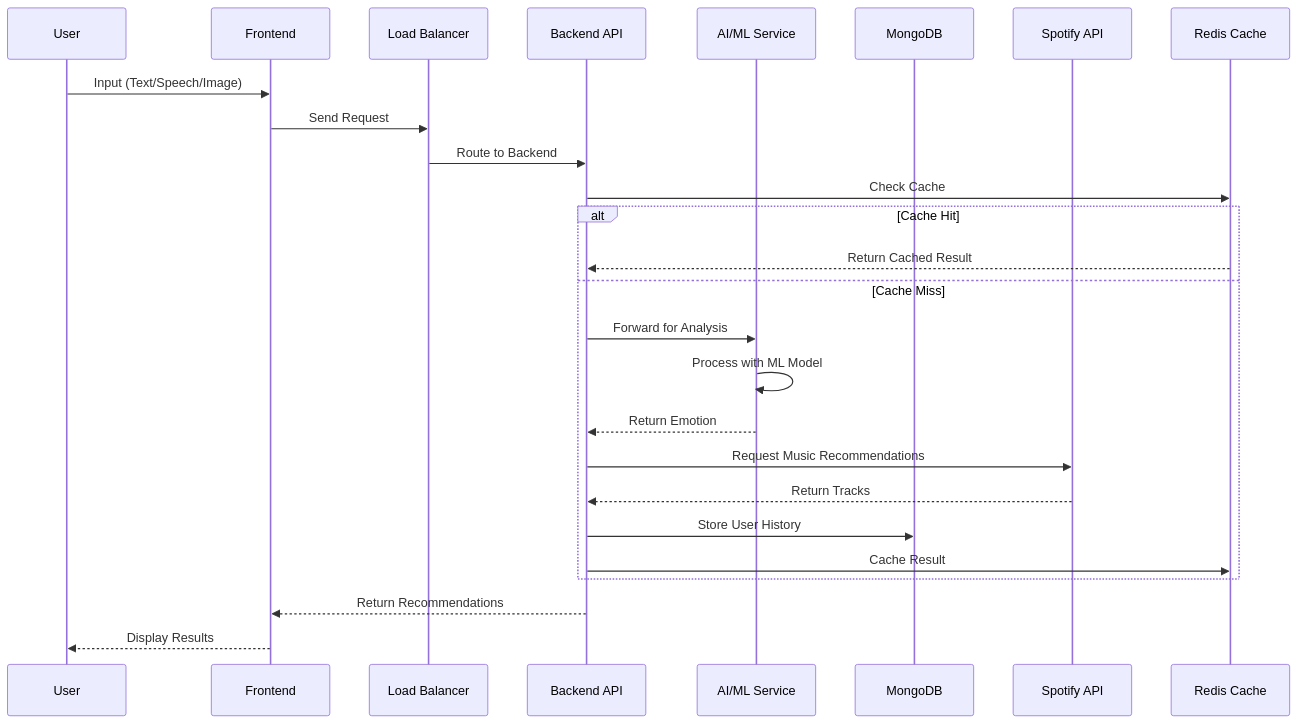
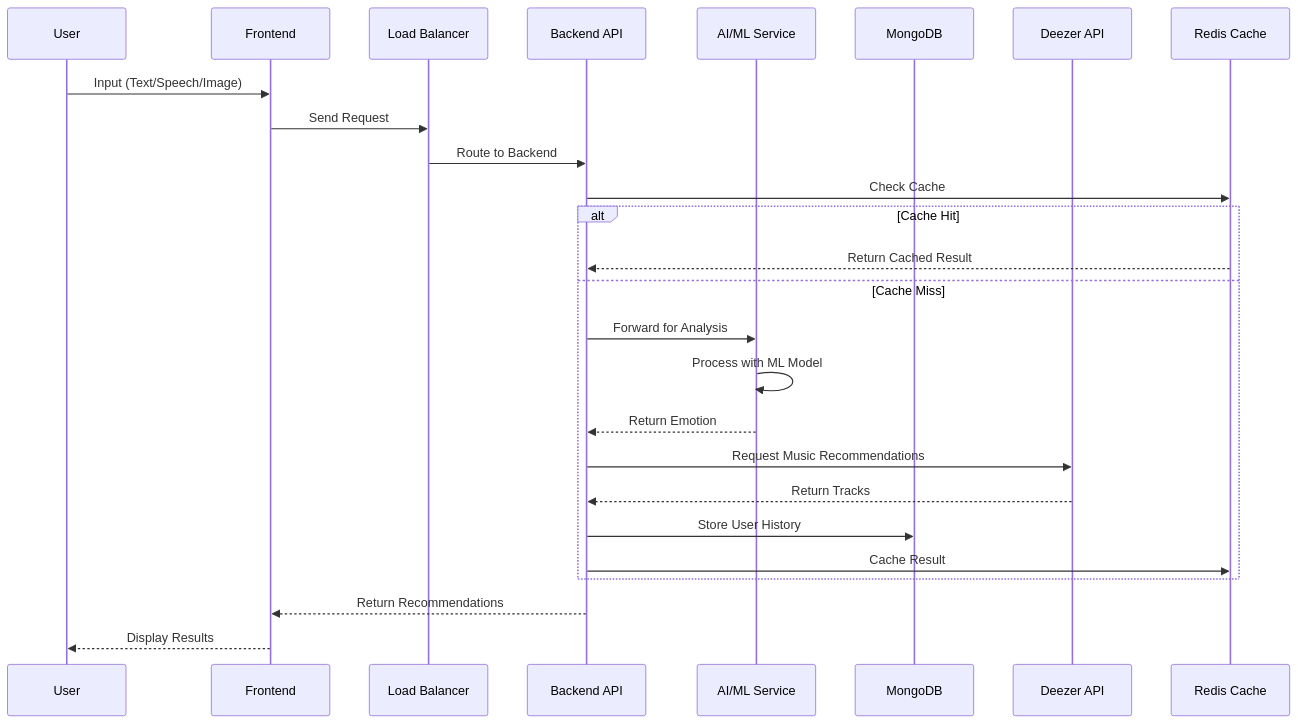
Before and after one commit to hoangsonww/Moodify-Emotion-Music-App: the second of 8 diagrams in README.md, drawn with Mermaid. The commit also changed other lines of this file and 4 other files, not shown here.

````diff
--- a/README.md
+++ b/README.md
@@ -203,29 +201,29 @@
 ```mermaid
 sequenceDiagram
     participant U as User
     participant FE as Frontend
     participant LB as Load Balancer
     participant BE as Backend API
     participant AI as AI/ML Service
     participant DB as MongoDB
-    participant SP as Spotify API
+    participant SP as Deezer API
     participant CH as Redis Cache
 
     U->>FE: Input (Text/Speech/Image)
     FE->>LB: Send Request
     LB->>BE: Route to Backend
     BE->>CH: Check Cache
     alt Cache Hit
         CH-->>BE: Return Cached Result
     else Cache Miss
         BE->>AI: Forward for Analysis
         AI->>AI: Process with ML Model
         AI-->>BE: Return Emotion
         BE->>SP: Request Music Recommendations
         SP-->>BE: Return Tracks
         BE->>DB: Store User History
         BE->>CH: Cache Result
     end
     BE-->>FE: Return Recommendations
     FE-->>U: Display Results
 ```
````
